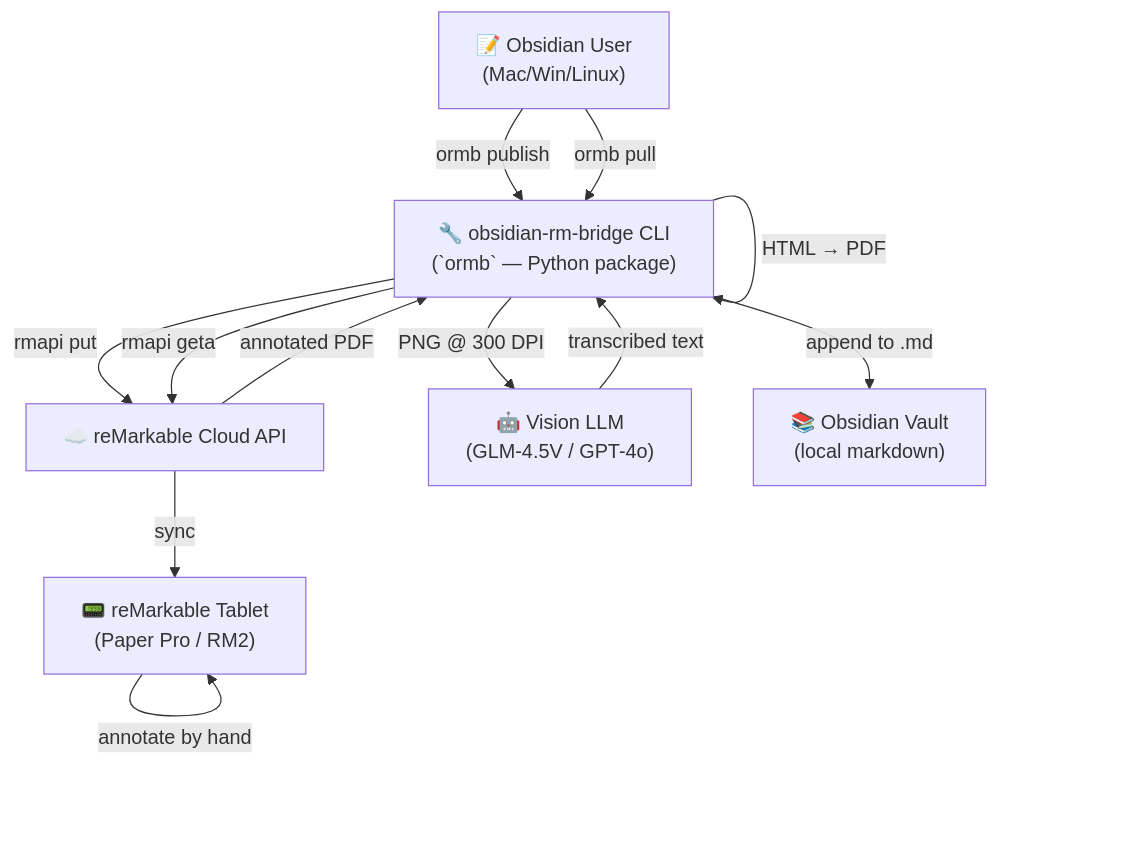
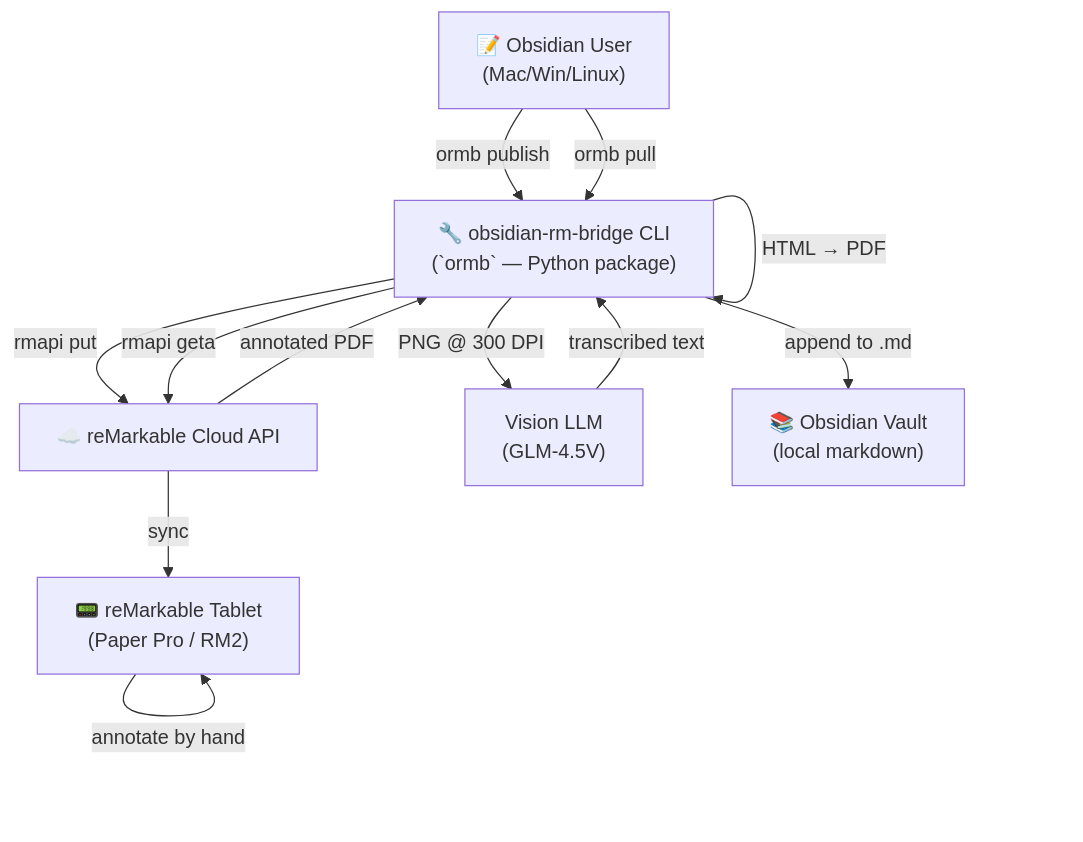
The first of 4 diagrams in docs/ARCHITECTURE.md (vevmesteren/obsidian-rm-bridge), drawn with Mermaid before and after one commit. The commit also changed other lines of this file and 18 other files, not shown here.

````diff
--- a/docs/ARCHITECTURE.md
+++ b/docs/ARCHITECTURE.md
@@ -62,21 +66,21 @@
 ```mermaid
 graph TB
     User["📝 Obsidian User<br/>(Mac/Win/Linux)"]
     ORB["🔧 obsidian-rm-bridge CLI<br/>(`ormb` — Python package)"]
     RM["📟 reMarkable Tablet<br/>(Paper Pro / RM2)"]
     Cloud["☁️ reMarkable Cloud API"]
-    Vision["🤖 Vision LLM<br/>(GLM-4.5V / GPT-4o)"]
+    Vision["Vision LLM\n(GLM-4.5V)"]
     Vault["📚 Obsidian Vault<br/>(local markdown)"]
 
     User -->|"ormb publish"| ORB
     ORB -->|"HTML → PDF"| ORB
     ORB -->|"rmapi put"| Cloud
     Cloud -->|"sync"| RM
     RM -->|"annotate by hand"| RM
     User -->|"ormb pull"| ORB
     ORB -->|"rmapi geta"| Cloud
     Cloud -->|"annotated PDF"| ORB
     ORB -->|"PNG @ 300 DPI"| Vision
     Vision -->|"transcribed text"| ORB
     ORB -->|"append to .md"| Vault
 ```
````
